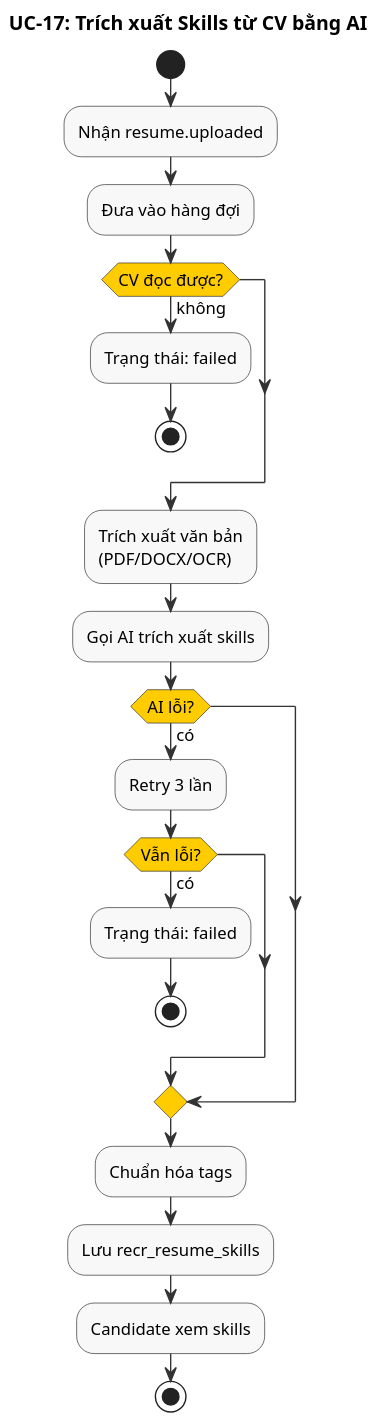
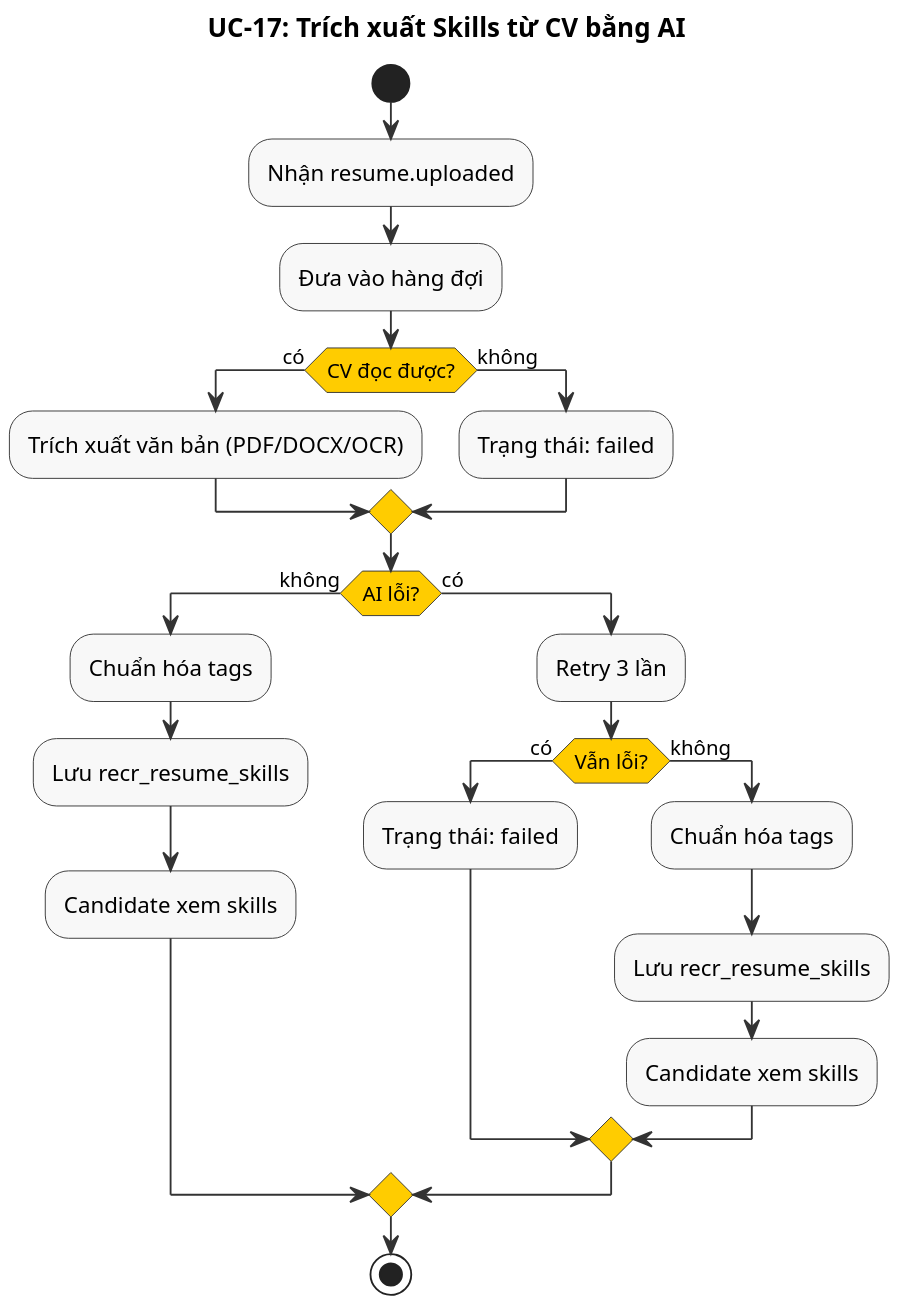
The diagram in modules/recr/diagrams/activity/uc17-resume-skill-extraction-activity.puml (namnh240795/document), drawn with PlantUML before and after one commit. The commit also changed 79 other files, not shown here.

```diff
--- a/modules/recr/diagrams/activity/uc17-resume-skill-extraction-activity.puml
+++ b/modules/recr/diagrams/activity/uc17-resume-skill-extraction-activity.puml
@@ -1,48 +1,43 @@
 @startuml
 ' UC-17: Trích xuất Skills từ CV - Sơ đồ Hoạt động
-skinparam dpi 150
-skinparam defaultFontSize 12
-skinparam nodesep 15
-skinparam ranksep 15
+skinparam dpi 200
 skinparam activity {
   BackgroundColor #F8F8F8
   BorderColor #333333
   ArrowColor #333333
   DiamondBackgroundColor #FFCC00
   DiamondBorderColor #333333
 }
 
 title UC-17: Trích xuất Skills từ CV bằng AI
 
 start
 
 :Nhận resume.uploaded;
 
 :Đưa vào hàng đợi;
 
-if (CV đọc được?) then (không)
+if (CV đọc được?) then (có)
+  :Trích xuất văn bản (PDF/DOCX/OCR);
+else (không)
   :Trạng thái: failed;
-  stop
 endif
 
-:Trích xuất văn bản\n(PDF/DOCX/OCR);
-
-:Gọi AI trích xuất skills;
-
-if (AI lỗi?) then (có)
+if (AI lỗi?) then (không)
+  :Chuẩn hóa tags;
+  :Lưu recr_resume_skills;
+  :Candidate xem skills;
+else (có)
   :Retry 3 lần;
   if (Vẫn lỗi?) then (có)
     :Trạng thái: failed;
-    stop
+  else (không)
+    :Chuẩn hóa tags;
+    :Lưu recr_resume_skills;
+    :Candidate xem skills;
   endif
 endif
-
-:Chuẩn hóa tags;
-
-:Lưu recr_resume_skills;
-
-:Candidate xem skills;
 
 stop
 
 @enduml
```
